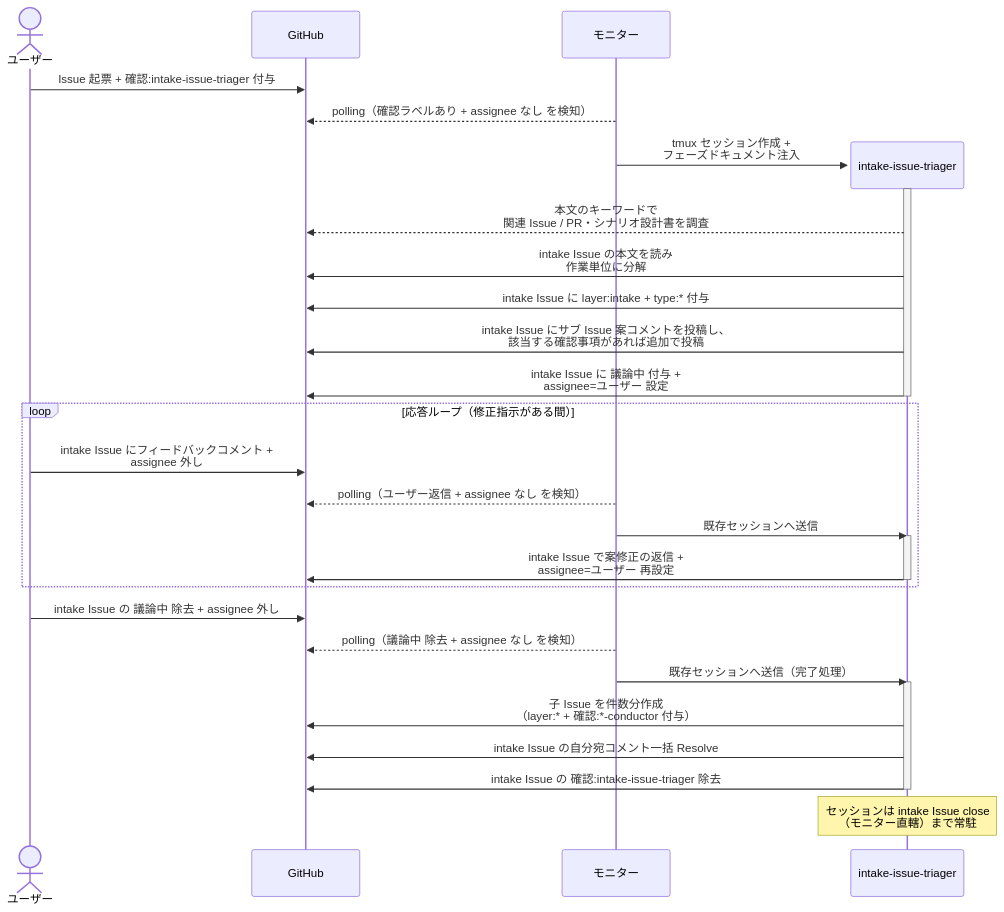
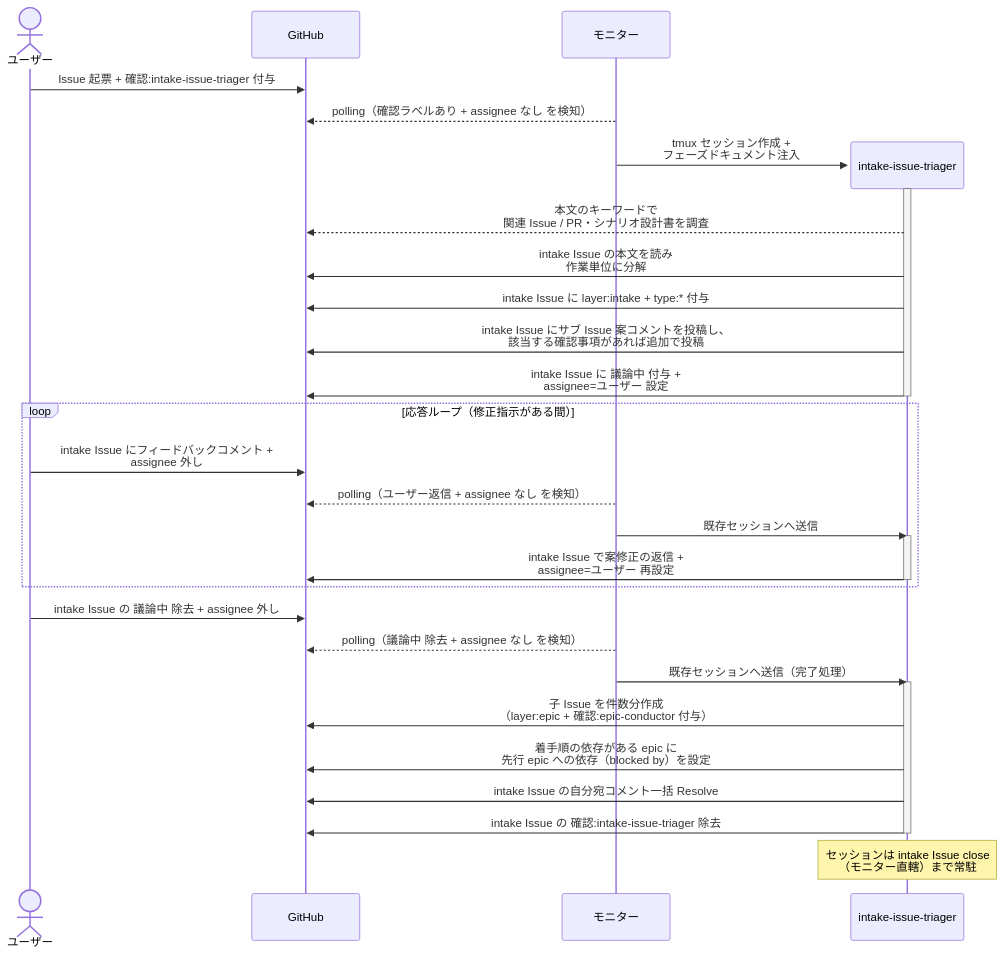
The first of 2 diagrams in docs/wiki/設計図/シナリオ/単一ユースケース/Issue分解と子起票.md (shuhei1101/ai-monitor), drawn with Mermaid before and after one commit. The commit also changed other lines of this file and 49 other files, not shown here.

````diff
--- a/docs/wiki/設計図/シナリオ/単一ユースケース/Issue分解と子起票.md
+++ b/docs/wiki/設計図/シナリオ/単一ユースケース/Issue分解と子起票.md
@@ -26,37 +26,38 @@
 ```mermaid
 sequenceDiagram
   actor U as ユーザー
   participant GH as GitHub
   participant ORC as モニター
 
   U->>GH: Issue 起票 + 確認:intake-issue-triager 付与
   ORC-->>GH: polling（確認ラベルあり + assignee なし を検知）
   create participant MON as intake-issue-triager
   ORC->>MON: tmux セッション作成 +<br>フェーズドキュメント注入
   activate MON
   MON-->>GH: 本文のキーワードで<br>関連 Issue / PR・シナリオ設計書を調査
   MON->>GH: intake Issue の本文を読み<br>作業単位に分解
   MON->>GH: intake Issue に layer:intake + type:* 付与
   MON->>GH: intake Issue にサブ Issue 案コメントを投稿し、<br>該当する確認事項があれば追加で投稿
   MON->>GH: intake Issue に 議論中 付与 +<br>assignee=ユーザー 設定
   deactivate MON
 
   loop 応答ループ（修正指示がある間）
     U->>GH: intake Issue にフィードバックコメント +<br>assignee 外し
     ORC-->>GH: polling（ユーザー返信 + assignee なし を検知）
     ORC->>MON: 既存セッションへ送信
     activate MON
     MON->>GH: intake Issue で案修正の返信 +<br>assignee=ユーザー 再設定
     deactivate MON
   end
 
   U->>GH: intake Issue の 議論中 除去 + assignee 外し
   ORC-->>GH: polling（議論中 除去 + assignee なし を検知）
   ORC->>MON: 既存セッションへ送信（完了処理）
   activate MON
-  MON->>GH: 子 Issue を件数分作成<br>（layer:* + 確認:*-conductor 付与）
+  MON->>GH: 子 Issue を件数分作成<br>（layer:epic + 確認:epic-conductor 付与）
+  MON->>GH: 着手順の依存がある epic に<br>先行 epic への依存（blocked by）を設定
   MON->>GH: intake Issue の自分宛コメント一括 Resolve
   MON->>GH: intake Issue の 確認:intake-issue-triager 除去
   deactivate MON
   Note over MON: セッションは intake Issue close<br>（モニター直轄）まで常駐
 ```
````
